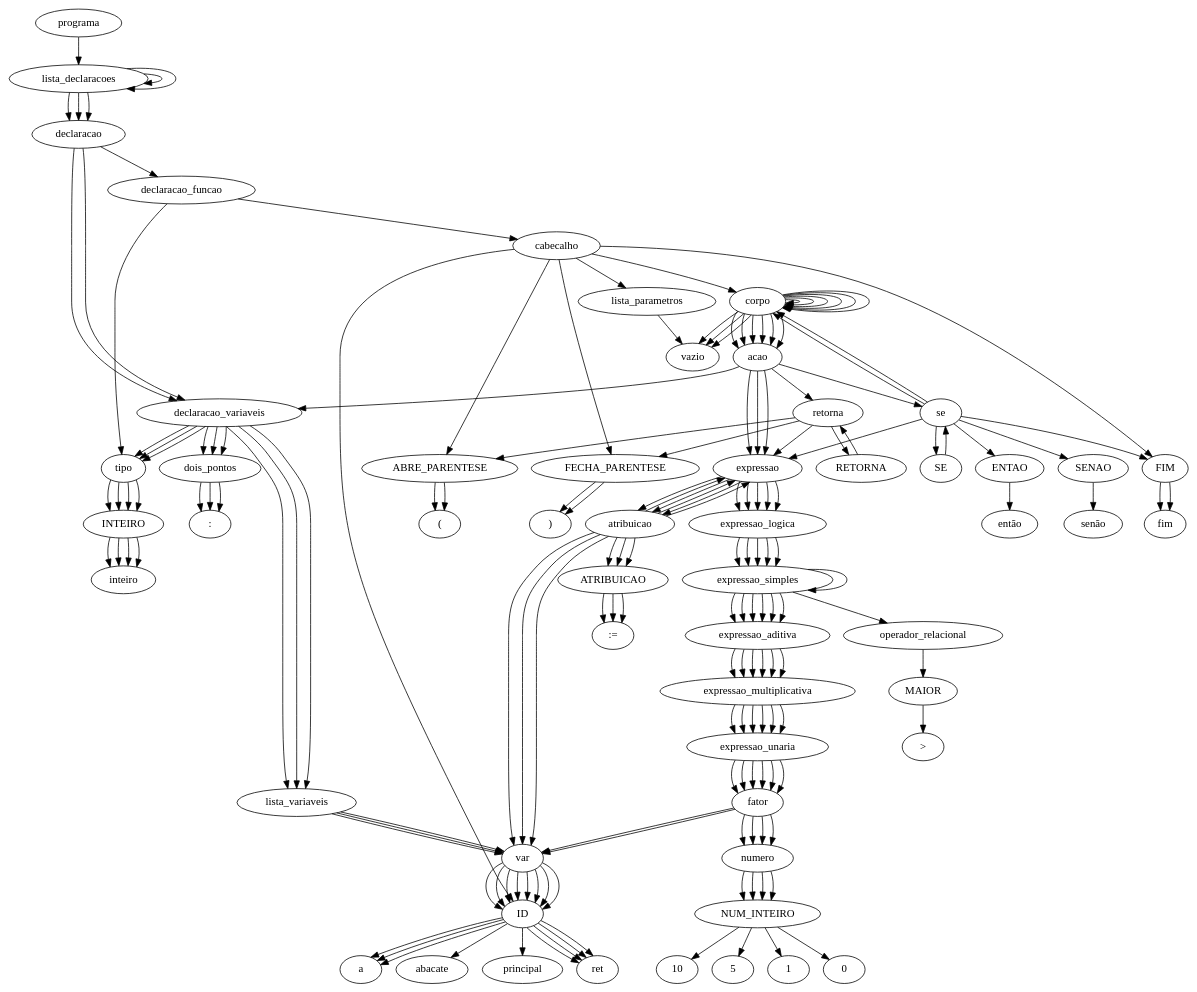
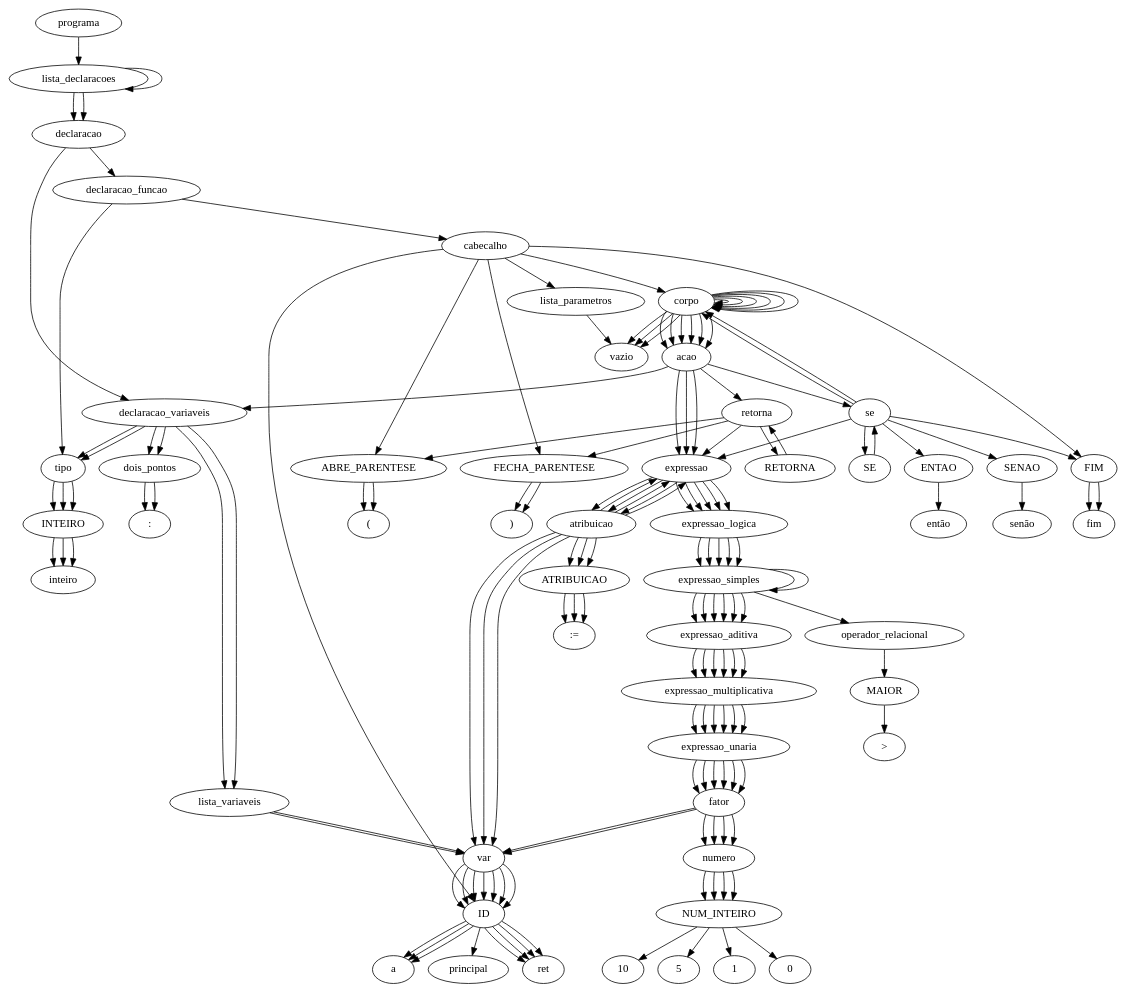
Before and after one commit to CaioCintra/CompiladorTpp: the diagram in geracao-codigo-testes/gencode-002.tpp.ast.dot, drawn with Graphviz. The commit also changed 96 other files, not shown here.

```diff
--- a/geracao-codigo-testes/gencode-002.tpp.ast.dot
+++ b/geracao-codigo-testes/gencode-002.tpp.ast.dot
@@ -1,6 +1,5 @@
 digraph tree {
     "programa";
-    "lista_declaracoes";
     "lista_declaracoes";
     "lista_declaracoes";
     "declaracao";
@@ -14,17 +13,6 @@
     "var";
     "ID";
     "a";
-    "declaracao";
-    "declaracao_variaveis";
-    "tipo";
-    "INTEIRO";
-    "inteiro";
-    "dois_pontos";
-    ":";
-    "lista_variaveis";
-    "var";
-    "ID";
-    "abacate";
     "declaracao";
     "declaracao_funcao";
     "tipo";
@@ -170,8 +158,6 @@
     "programa" -> "lista_declaracoes";
     "lista_declaracoes" -> "lista_declaracoes";
     "lista_declaracoes" -> "declaracao";
-    "lista_declaracoes" -> "lista_declaracoes";
-    "lista_declaracoes" -> "declaracao";
     "lista_declaracoes" -> "declaracao";
     "declaracao" -> "declaracao_variaveis";
     "declaracao_variaveis" -> "tipo";
@@ -183,16 +169,6 @@
     "lista_variaveis" -> "var";
     "var" -> "ID";
     "ID" -> "a";
-    "declaracao" -> "declaracao_variaveis";
-    "declaracao_variaveis" -> "tipo";
-    "declaracao_variaveis" -> "dois_pontos";
-    "declaracao_variaveis" -> "lista_variaveis";
-    "tipo" -> "INTEIRO";
-    "INTEIRO" -> "inteiro";
-    "dois_pontos" -> ":";
-    "lista_variaveis" -> "var";
-    "var" -> "ID";
-    "ID" -> "abacate";
     "declaracao" -> "declaracao_funcao";
     "declaracao_funcao" -> "tipo";
     "declaracao_funcao" -> "cabecalho";
```
